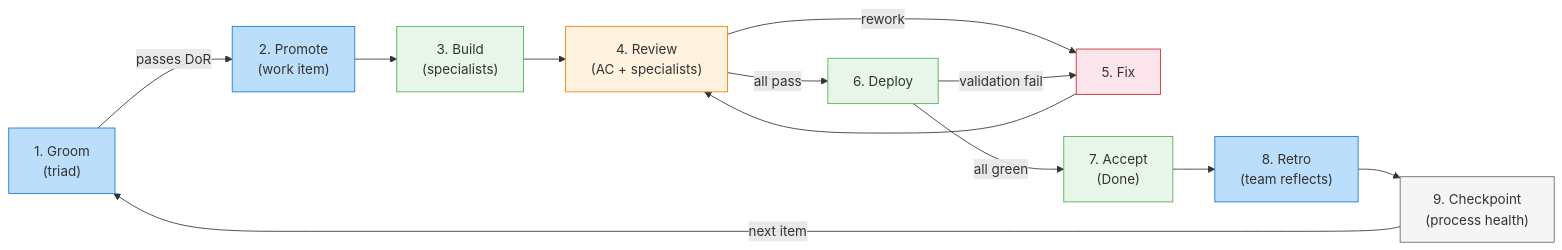
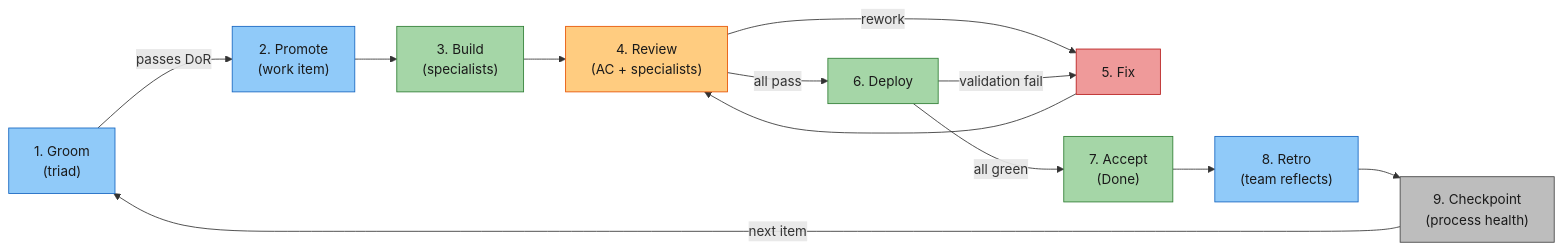
One commit to rdunie/venutian-antfarm changed the third of 20 diagrams in docs/COLLABORATION-MODEL.md. Above: the diagram before and after it, drawn with Mermaid. The commit also changed other lines of this file and 22 other files, not shown here.

````diff
--- a/docs/COLLABORATION-MODEL.md
+++ b/docs/COLLABORATION-MODEL.md
@@ -71,24 +73,24 @@
 ```mermaid
 flowchart LR
     B["1. Groom\n(triad)"] -->|"passes DoR"| P["2. Promote\n(work item)"]
     P --> IP["3. Build\n(specialists)"]
     IP --> RV["4. Review\n(AC + specialists)"]
     RV -->|"rework"| FIX["5. Fix"]
     FIX --> RV
     RV -->|"all pass"| DEP["6. Deploy"]
     DEP -->|"validation fail"| FIX
     DEP -->|"all green"| ACC["7. Accept\n(Done)"]
     ACC --> RET["8. Retro\n(team reflects)"]
     RET --> CHK["9. Checkpoint\n(process health)"]
     CHK -->|"next item"| B
 
-    style B fill:#bbdefb,stroke:#1976D2
-    style P fill:#bbdefb,stroke:#1976D2
-    style IP fill:#e8f5e9,stroke:#4CAF50
-    style RV fill:#fff3e0,stroke:#F57C00
-    style FIX fill:#fce4ec,stroke:#C62828
-    style DEP fill:#e8f5e9,stroke:#4CAF50
-    style ACC fill:#e8f5e9,stroke:#4CAF50
-    style RET fill:#bbdefb,stroke:#1976D2
-    style CHK fill:#f5f5f5,stroke:#666
+    style B fill:#90caf9,stroke:#1565c0,color:#1a1a1a
+    style P fill:#90caf9,stroke:#1565c0,color:#1a1a1a
+    style IP fill:#a5d6a7,stroke:#2e7d32,color:#1a1a1a
+    style RV fill:#ffcc80,stroke:#e65100,color:#1a1a1a
+    style FIX fill:#ef9a9a,stroke:#b71c1c,color:#1a1a1a
+    style DEP fill:#a5d6a7,stroke:#2e7d32,color:#1a1a1a
+    style ACC fill:#a5d6a7,stroke:#2e7d32,color:#1a1a1a
+    style RET fill:#90caf9,stroke:#1565c0,color:#1a1a1a
+    style CHK fill:#bdbdbd,stroke:#424242,color:#1a1a1a
 ```
````
